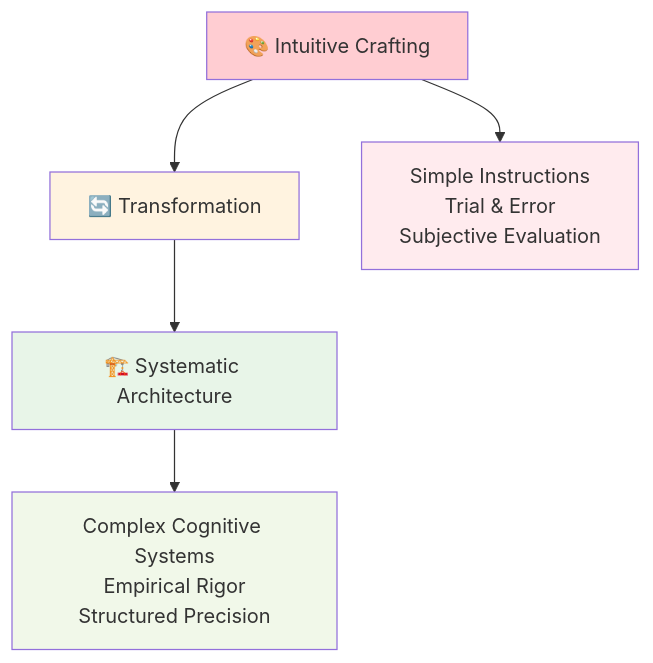
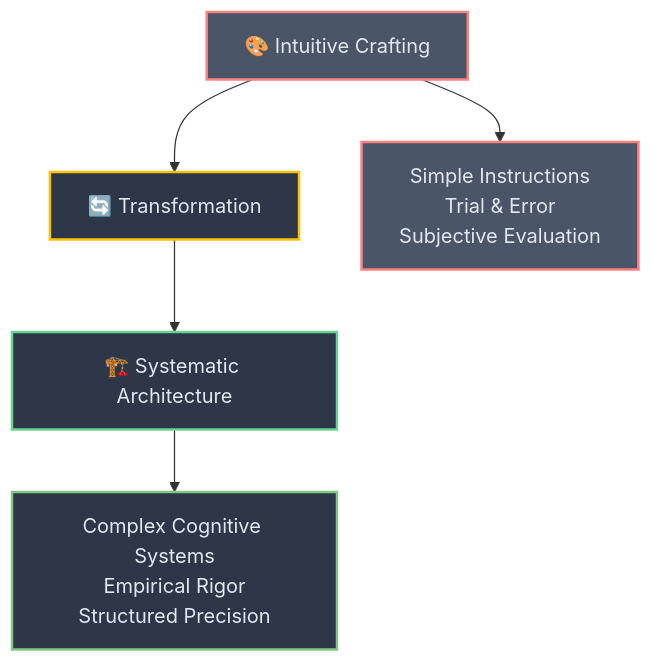
Before and after one commit to josemlopez/prompt_tutorial: the fifth of 9 diagrams in Part_II_Section_8_Case_Studies_Deconstructing_Real-World_Agent_Prompts.md, drawn with Mermaid. The commit also changed other lines of this file and 7 other files, not shown here.

````diff
--- a/Part_II_Section_8_Case_Studies_Deconstructing_Real-World_Agent_Prompts.md
+++ b/Part_II_Section_8_Case_Studies_Deconstructing_Real-World_Agent_Prompts.md
@@ -312,15 +324,15 @@
 ```mermaid
 graph TB
-    A[🎨 Intuitive Crafting] --> B[🔄 Transformation]
-    B --> C[🏗️ Systematic Architecture]
-    
-    A --> D[Simple Instructions<br/>Trial & Error<br/>Subjective Evaluation]
-    
-    C --> E[Complex Cognitive Systems<br/>Empirical Rigor<br/>Structured Precision]
-    
-    style A fill:#ffcdd2
-    style B fill:#fff3e0
-    style C fill:#e8f5e8
-    style D fill:#ffebee
-    style E fill:#f1f8e9
+   A[🎨 Intuitive Crafting] --> B[🔄 Transformation]
+   B --> C[🏗️ Systematic Architecture]
+   
+   A --> D[Simple Instructions<br/>Trial & Error<br/>Subjective Evaluation]
+   
+   C --> E[Complex Cognitive Systems<br/>Empirical Rigor<br/>Structured Precision]
+   
+   style A fill:#4a5568,stroke:#fc8181,stroke-width:2px,color:#e2e8f0
+   style B fill:#2d3748,stroke:#ffc107,stroke-width:2px,color:#e2e8f0
+   style C fill:#2d3748,stroke:#68d391,stroke-width:2px,color:#e2e8f0
+   style D fill:#4a5568,stroke:#fc8181,stroke-width:2px,color:#e2e8f0
+   style E fill:#2d3748,stroke:#81c784,stroke-width:2px,color:#e2e8f0
 ```
````
